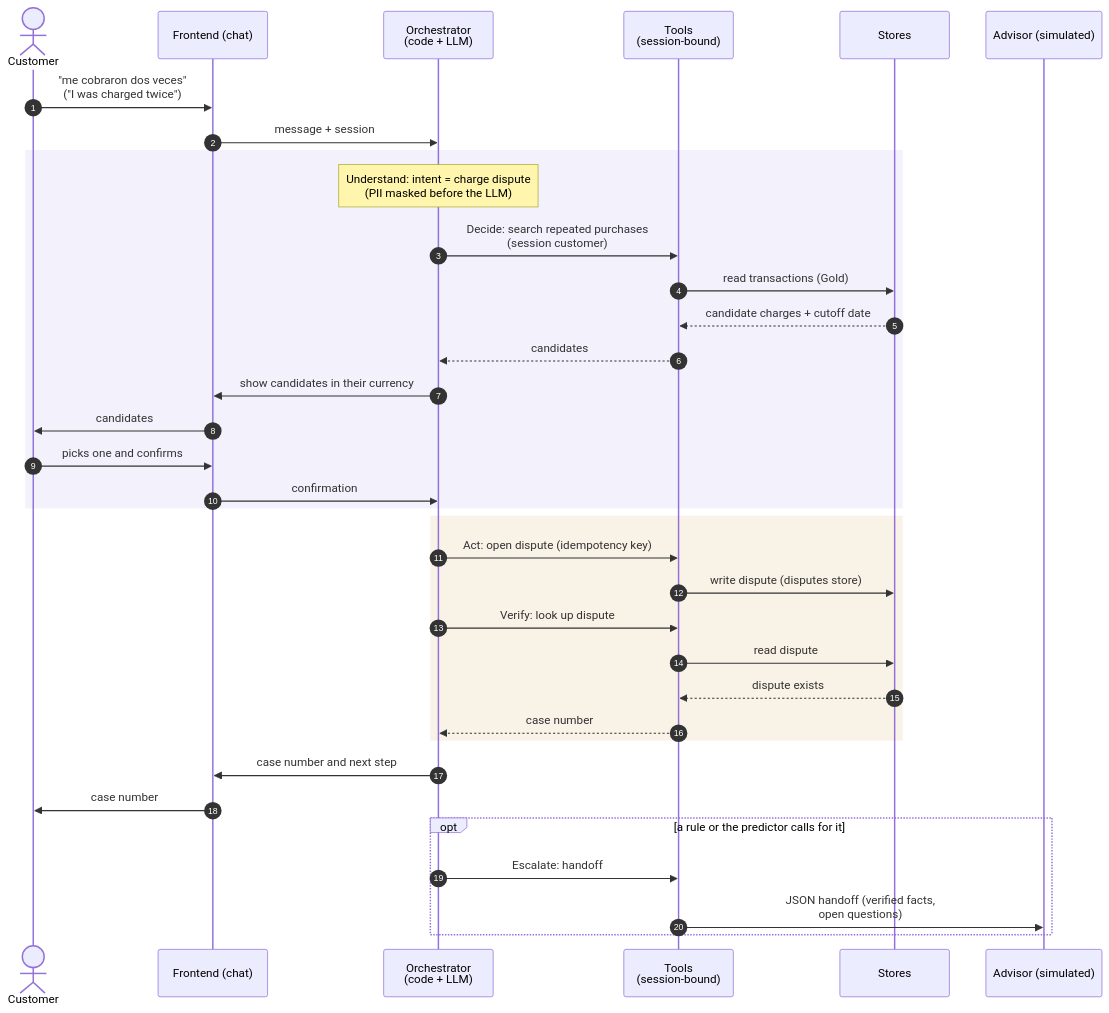
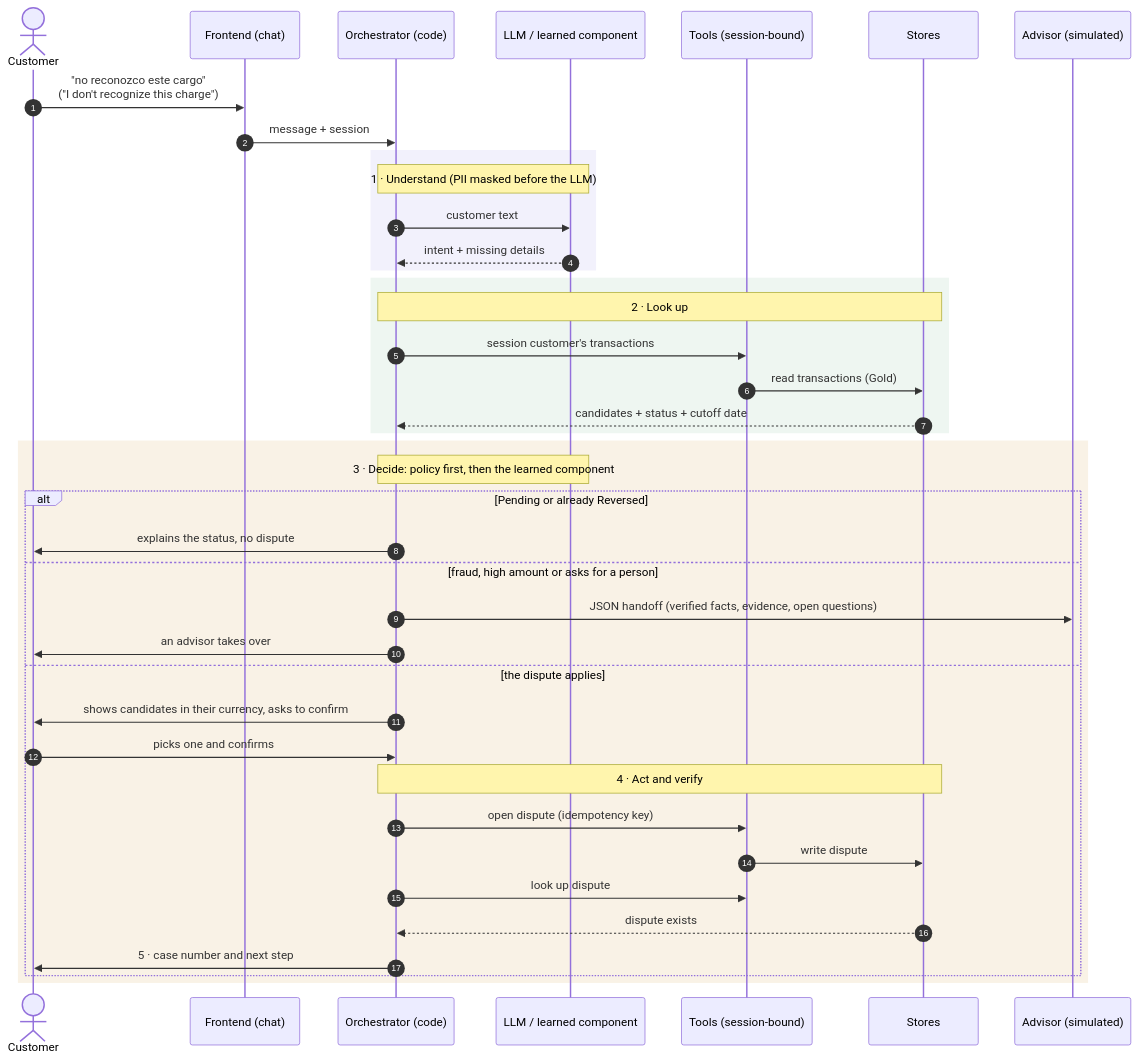
The fourth of 4 diagrams in docs/understand/architecture.md (rdorta27/factored-hackathon-2026-sentinel-engine), drawn with Mermaid before and after one commit. The commit also changed other lines of this file and 2 other files, not shown here.

Commit message:
docs: add the suggested flow and update the case walkthrough
The team presentation now proposes that a dispute starts as an account
inquiry and that the learned component is a prompted LLM. The
repository documents must tell the same story before the 9/29 review.

Changes:
- add the suggested flow diagram and its rationale to the flow data evidence
- rewrite the architecture walkthrough with the look-up step and the three decision paths
- describe the proposed learned component as a prompted LLM against a keyword baseline
- record the flow refinement in decision 003

````diff
--- a/docs/understand/architecture.md
+++ b/docs/understand/architecture.md
@@ -131,38 +133,43 @@
 ```mermaid
 sequenceDiagram
     autonumber
     actor C as Customer
     participant F as Frontend (chat)
-    participant O as Orchestrator<br/>(code + LLM)
-    participant T as Tools<br/>(session-bound)
+    participant O as Orchestrator (code)
+    participant L as LLM / learned component
+    participant T as Tools (session-bound)
     participant S as Stores
     participant A as Advisor (simulated)
 
-    C->>F: "me cobraron dos veces"<br/>("I was charged twice")
+    C->>F: "no reconozco este cargo"<br/>("I don't recognize this charge")
     F->>O: message + session
     rect rgba(91, 79, 214, 0.08)
-    Note over O: Understand: intent = charge dispute<br/>(PII masked before the LLM)
-    O->>T: Decide: search repeated purchases<br/>(session customer)
+    Note over O,L: 1 · Understand (PII masked before the LLM)
+    O->>L: customer text
+    L-->>O: intent + missing details
+    end
+    rect rgba(47, 138, 85, 0.08)
+    Note over O,S: 2 · Look up
+    O->>T: session customer's transactions
     T->>S: read transactions (Gold)
-    S-->>T: candidate charges + cutoff date
-    T-->>O: candidates
-    O->>F: show candidates in their currency
-    F->>C: candidates
-    C->>F: picks one and confirms
-    F->>O: confirmation
+    S-->>O: candidates + status + cutoff date
     end
     rect rgba(199, 125, 18, 0.10)
-    O->>T: Act: open dispute (idempotency key)
-    T->>S: write dispute (disputes store)
-    O->>T: Verify: look up dispute
-    T->>S: read dispute
-    S-->>T: dispute exists
-    T-->>O: case number
+    Note over O,L: 3 · Decide: policy first, then the learned component
+    alt Pending or already Reversed
+        O->>C: explains the status, no dispute
+    else fraud, high amount or asks for a person
+        O->>A: JSON handoff (verified facts, evidence, open questions)
+        O->>C: an advisor takes over
+    else the dispute applies
+        O->>C: shows candidates in their currency, asks to confirm
+        C->>O: picks one and confirms
+        Note over O,S: 4 · Act and verify
+        O->>T: open dispute (idempotency key)
+        T->>S: write dispute
+        O->>T: look up dispute
+        S-->>O: dispute exists
+        O->>C: 5 · case number and next step
     end
-    O->>F: case number and next step
-    F->>C: case number
-    opt a rule or the predictor calls for it
-        O->>T: Escalate: handoff
-        T->>A: JSON handoff (verified facts,<br/>open questions)
     end
 ```
````
